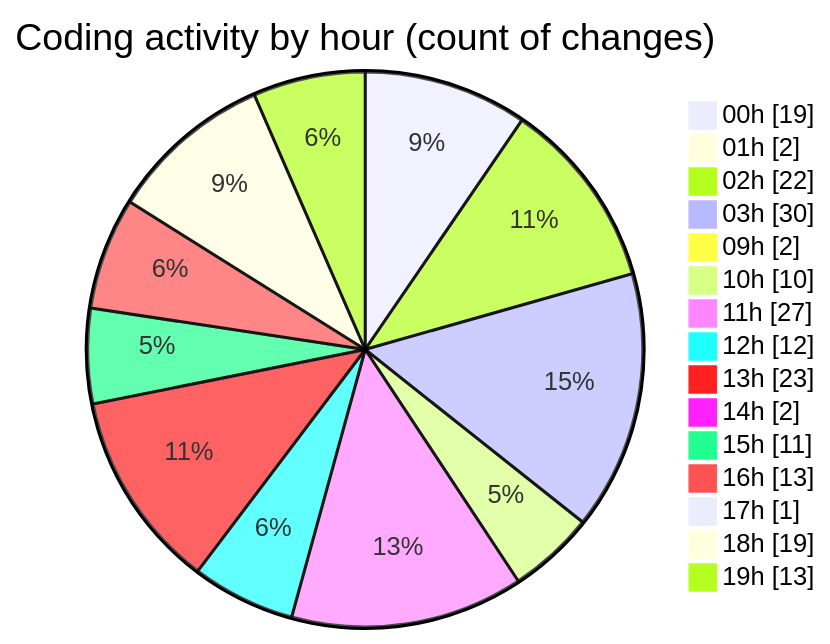
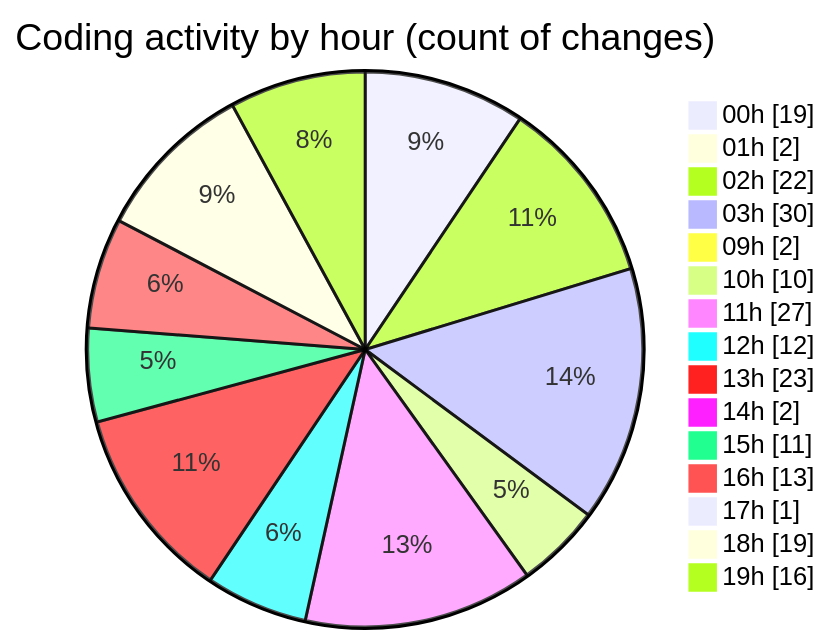
The second of 2 diagrams in 2025-10-21/eventscop-frontend-guide__workspace_/README.md (julien-gomy/code-tracking), drawn with Mermaid before and after one commit. The commit also changed other lines of this file and 1 other file, not shown here.

````diff
--- a/2025-10-21/eventscop-frontend-guide__workspace_/README.md
+++ b/2025-10-21/eventscop-frontend-guide__workspace_/README.md
@@ -63,19 +63,19 @@
 ```mermaid
 pie showData
 title Coding activity by hour (count of changes)
 "00h" : 19
 "01h" : 2
 "02h" : 22
 "03h" : 30
 "09h" : 2
 "10h" : 10
 "11h" : 27
 "12h" : 12
 "13h" : 23
 "14h" : 2
 "15h" : 11
 "16h" : 13
 "17h" : 1
 "18h" : 19
-"19h" : 13
+"19h" : 16
 ```
````
